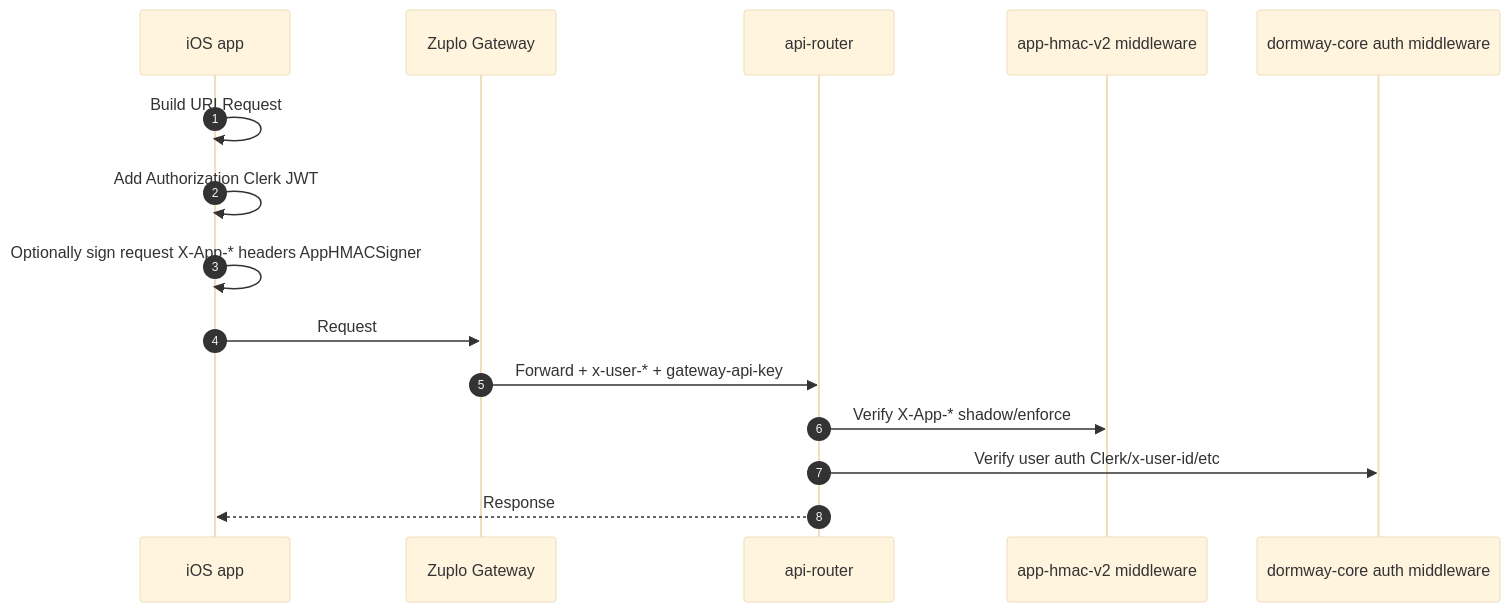
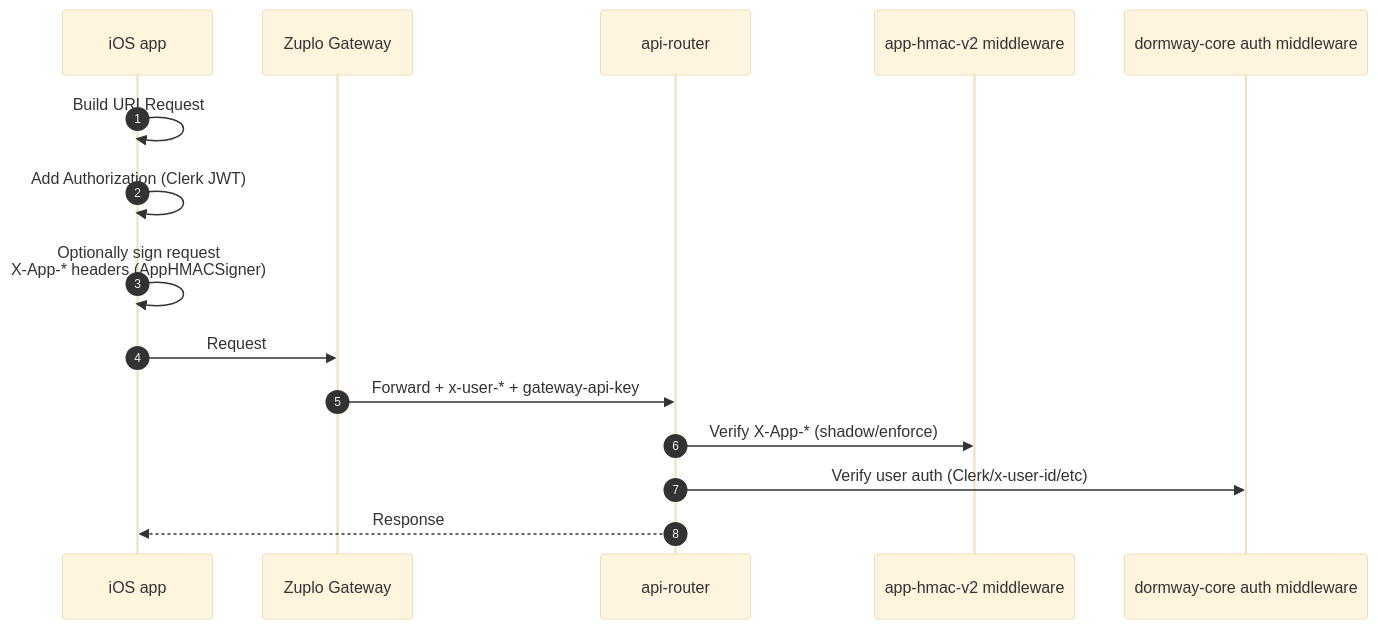
Before and after one commit to DormWay/mintlify-docs: the sixth of 23 diagrams in docs/engineering/architecture/how-dormway-works.mdx, drawn with Mermaid (base theme). The commit also changed other lines of this file and 26 other files, not shown here.

````diff
--- a/docs/engineering/architecture/how-dormway-works.mdx
+++ b/docs/engineering/architecture/how-dormway-works.mdx
@@ -398,18 +398,18 @@
 ```mermaid
 sequenceDiagram
   autonumber
   participant iOS as iOS app
   participant Zuplo as Zuplo Gateway
   participant API as api-router
   participant HMAC as app-hmac-v2 middleware
   participant CoreAuth as dormway-core auth middleware
 
   iOS->>iOS: Build URLRequest
-  iOS->>iOS: Add Authorization Clerk JWT
-  iOS->>iOS: Optionally sign request X-App-* headers AppHMACSigner
+  iOS->>iOS: Add Authorization (Clerk JWT)
+  iOS->>iOS: Optionally sign request<br/>X-App-* headers (AppHMACSigner)
   iOS->>Zuplo: Request
   Zuplo->>API: Forward + x-user-* + gateway-api-key
-  API->>HMAC: Verify X-App-* shadow/enforce
-  API->>CoreAuth: Verify user auth Clerk/x-user-id/etc
+  API->>HMAC: Verify X-App-* (shadow/enforce)
+  API->>CoreAuth: Verify user auth (Clerk/x-user-id/etc)
   API-->>iOS: Response
 ```
````
